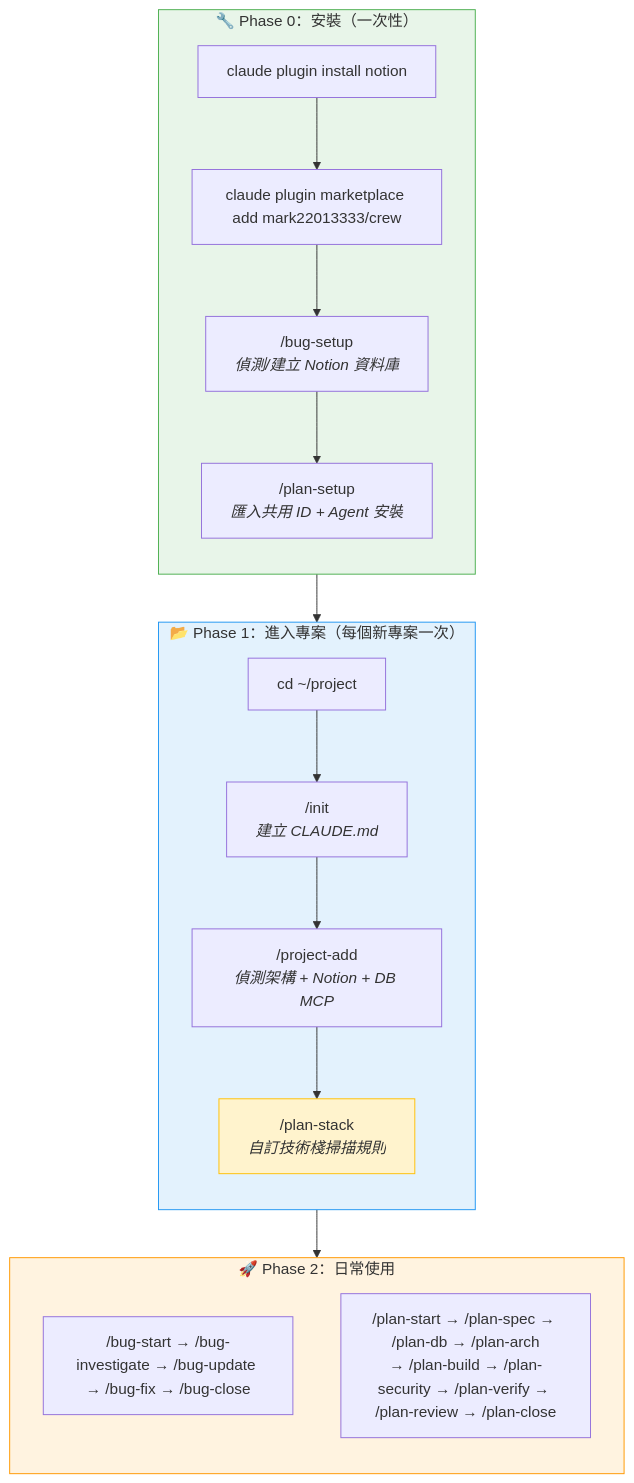
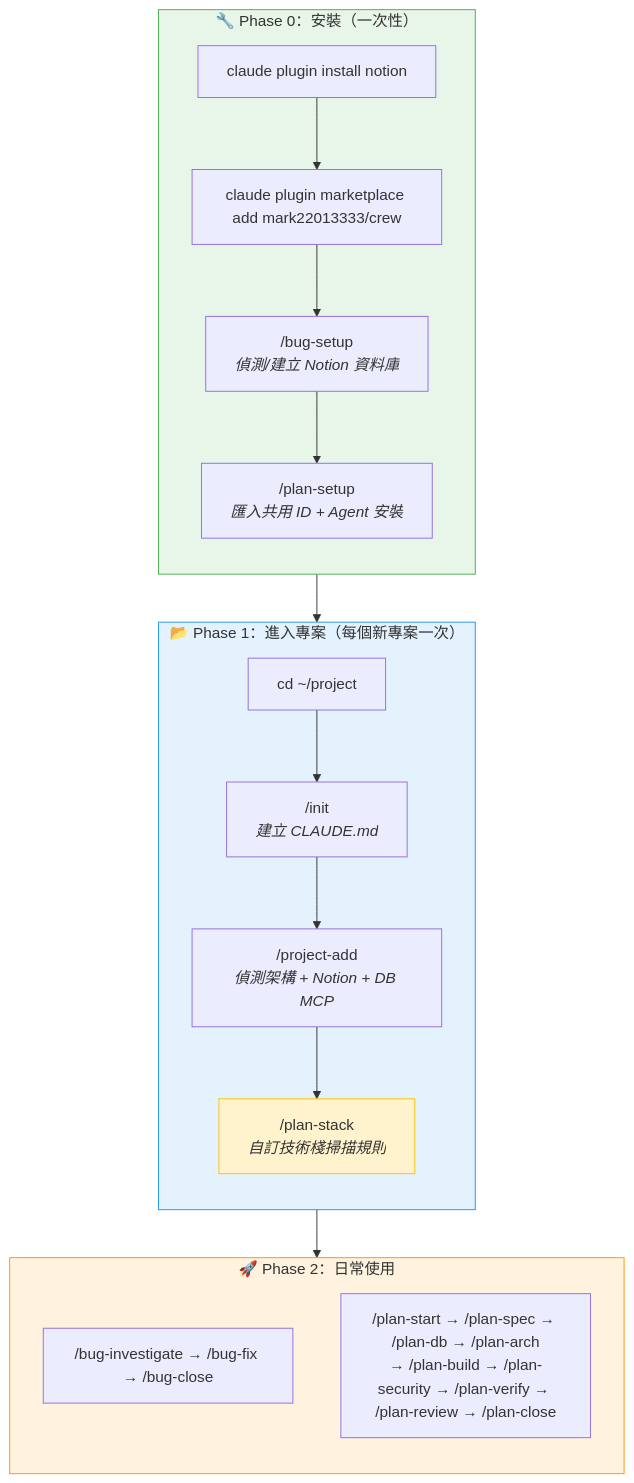
The first of 5 diagrams in README.md (Stcfinch/crew), drawn with Mermaid before and after one commit. The commit also changed other lines of this file and 9 other files, not shown here.

First line of the commit message:
feat(bug-workflow): investigate 改為主入口 + 釐清問題機制，升版至 v3.8.0

````diff
--- a/README.md
+++ b/README.md
@@ -28,34 +28,34 @@
 ```mermaid
 flowchart TD
     subgraph Phase0["🔧 Phase 0：安裝（一次性）"]
         direction TB
         notion["claude plugin install notion"]
         crew["claude plugin marketplace add mark22013333/crew"]
         setup_bug["/bug-setup<br/><i>偵測/建立 Notion 資料庫</i>"]
         setup_plan["/plan-setup<br/><i>匯入共用 ID + Agent 安裝</i>"]
         notion --> crew --> setup_bug --> setup_plan
     end
 
     subgraph Phase1["📂 Phase 1：進入專案（每個新專案一次）"]
         direction TB
         cd["cd ~/project"]
         init["/init<br/><i>建立 CLAUDE.md</i>"]
         projAdd["/project-add<br/><i>偵測架構 + Notion + DB MCP</i>"]
         stack["/plan-stack<br/><i>自訂技術棧掃描規則</i>"]
         cd --> init --> projAdd --> stack
 
         style stack fill:#fff3cd,stroke:#ffc107
     end
 
     subgraph Phase2["🚀 Phase 2：日常使用"]
         direction TB
-        bugFlow["/bug-start → /bug-investigate → /bug-update → /bug-fix → /bug-close"]
+        bugFlow["/bug-investigate → /bug-fix → /bug-close"]
         planFlow["/plan-start → /plan-spec → /plan-db → /plan-arch<br/>→ /plan-build → /plan-security → /plan-verify → /plan-review → /plan-close"]
     end
 
     Phase0 --> Phase1 --> Phase2
 
     style Phase0 fill:#e8f5e9,stroke:#4caf50
     style Phase1 fill:#e3f2fd,stroke:#2196f3
     style Phase2 fill:#fff3e0,stroke:#ff9800
 ```
````
